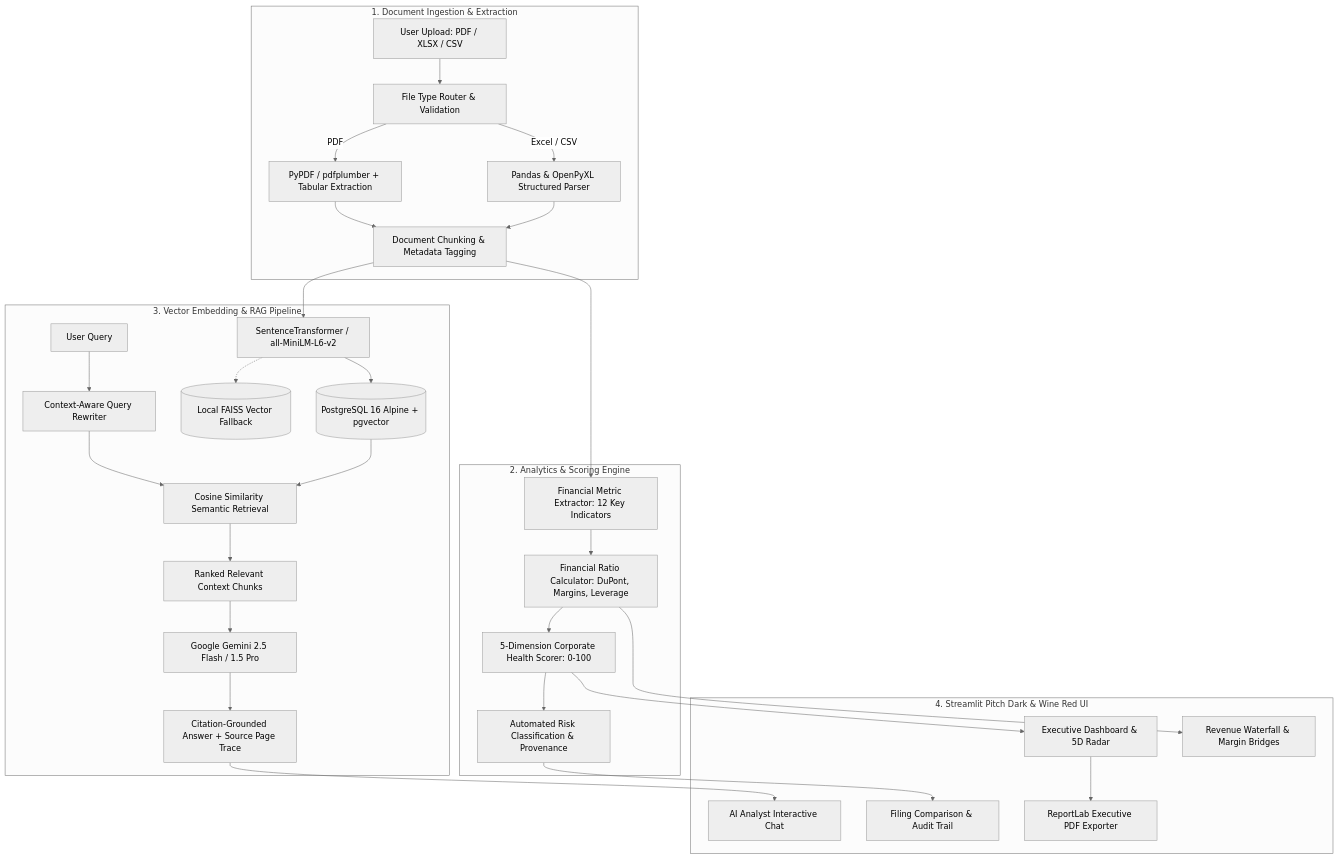
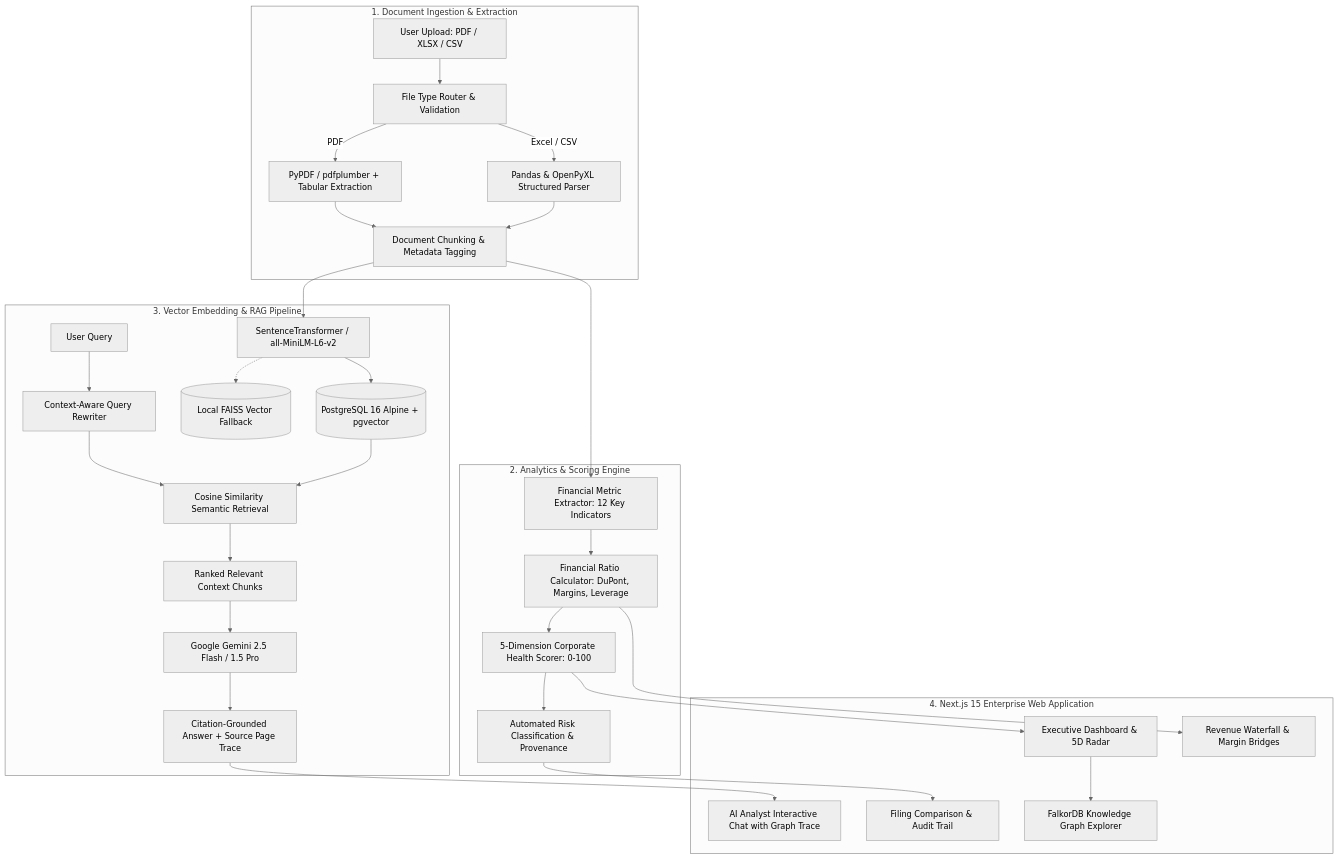
One commit to TejasRawool186/FinDoc- changed the first of 2 diagrams in README.md. Above: the diagram before and after it, drawn with Mermaid (neutral theme). The commit also changed other lines of this file and 9 other files, not shown here.

````diff
--- a/README.md
+++ b/README.md
@@ -65,37 +65,37 @@
 ```mermaid
 flowchart TD
     subgraph Ingestion ["1. Document Ingestion & Extraction"]
         A[User Upload: PDF / XLSX / CSV] --> B[File Type Router & Validation]
         B -->|PDF| C[PyPDF / pdfplumber + Tabular Extraction]
         B -->|Excel / CSV| D[Pandas & OpenPyXL Structured Parser]
         C --> E[Document Chunking & Metadata Tagging]
         D --> E
     end
 
     subgraph Analytics ["2. Analytics & Scoring Engine"]
         E --> F[Financial Metric Extractor: 12 Key Indicators]
         F --> G[Financial Ratio Calculator: DuPont, Margins, Leverage]
         G --> H[5-Dimension Corporate Health Scorer: 0-100]
         H --> I[Automated Risk Classification & Provenance]
     end
 
     subgraph Retrieval ["3. Vector Embedding & RAG Pipeline"]
         E --> J[SentenceTransformer / all-MiniLM-L6-v2]
         J --> K[(PostgreSQL 16 Alpine + pgvector)]
         J -.-> L[(Local FAISS Vector Fallback)]
         M[User Query] --> N[Context-Aware Query Rewriter]
         N --> O[Cosine Similarity Semantic Retrieval]
         K --> O
         O --> P[Ranked Relevant Context Chunks]
         P --> Q[Google Gemini 2.5 Flash / 1.5 Pro]
         Q --> R[Citation-Grounded Answer + Source Page Trace]
     end
 
-    subgraph Presentation ["4. Streamlit Pitch Dark & Wine Red UI"]
+    subgraph Presentation ["4. Next.js 15 Enterprise Web Application"]
         H --> S[Executive Dashboard & 5D Radar]
         G --> T[Revenue Waterfall & Margin Bridges]
-        R --> U[AI Analyst Interactive Chat]
+        R --> U[AI Analyst Interactive Chat with Graph Trace]
         I --> V[Filing Comparison & Audit Trail]
-        S --> W[ReportLab Executive PDF Exporter]
+        S --> W[FalkorDB Knowledge Graph Explorer]
     end
 ```
````
